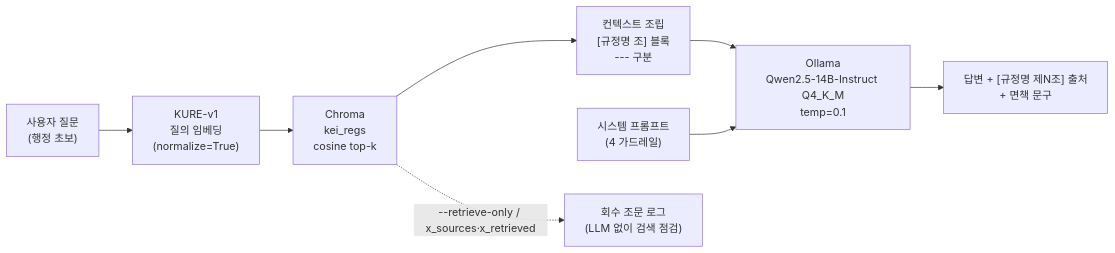
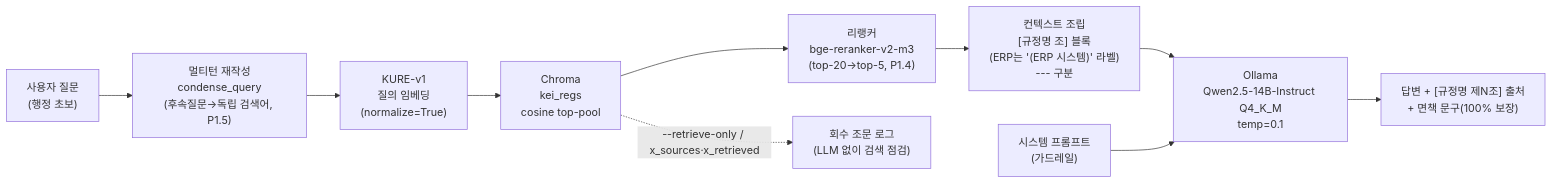
One commit to mooner92/KEIAdminSuperv changed the first of 4 diagrams in docs/05-rag-design.md. Above: the diagram before and after it, drawn with Mermaid. The commit also changed other lines of this file and 13 other files, not shown here.

````diff
--- a/docs/05-rag-design.md
+++ b/docs/05-rag-design.md
@@ -14,10 +14,12 @@
 ```mermaid
 flowchart LR
-  Q["사용자 질문<br/>(행정 초보)"] --> EMB["KURE-v1<br/>질의 임베딩<br/>(normalize=True)"]
-  EMB --> CH["Chroma<br/>kei_regs<br/>cosine top-k"]
-  CH --> CTX["컨텍스트 조립<br/>[규정명 조] 블록<br/>--- 구분"]
+  Q["사용자 질문<br/>(행정 초보)"] --> RW["멀티턴 재작성<br/>condense_query<br/>(후속질문→독립 검색어, P1.5)"]
+  RW --> EMB["KURE-v1<br/>질의 임베딩<br/>(normalize=True)"]
+  EMB --> CH["Chroma<br/>kei_regs<br/>cosine top-pool"]
+  CH --> RR["리랭커<br/>bge-reranker-v2-m3<br/>(top-20→top-5, P1.4)"]
+  RR --> CTX["컨텍스트 조립<br/>[규정명 조] 블록<br/>(ERP는 '(ERP 시스템)' 라벨)<br/>--- 구분"]
   CTX --> LLM["Ollama<br/>Qwen2.5-14B-Instruct Q4_K_M<br/>temp=0.1"]
-  SYS["시스템 프롬프트<br/>(4 가드레일)"] --> LLM
-  LLM --> ANS["답변 + [규정명 제N조] 출처<br/>+ 면책 문구"]
+  SYS["시스템 프롬프트<br/>(가드레일)"] --> LLM
+  LLM --> ANS["답변 + [규정명 제N조] 출처<br/>+ 면책 문구(100% 보장)"]
   CH -.->|--retrieve-only / x_sources·x_retrieved| LOG["회수 조문 로그<br/>(LLM 없이 검색 점검)"]
 ```
````
